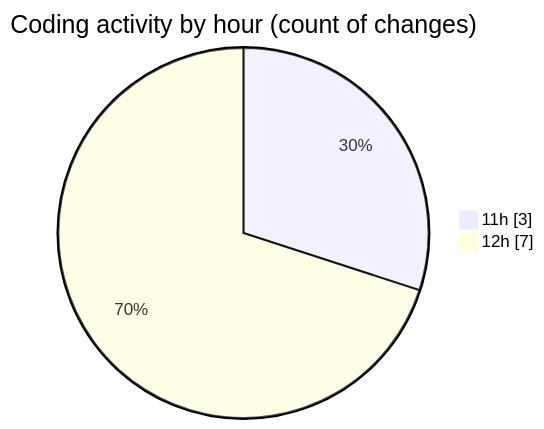
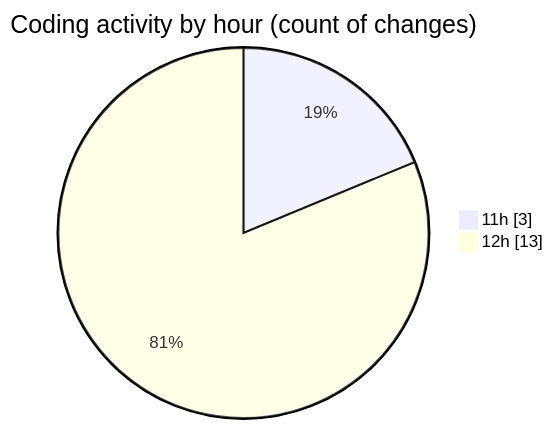
One commit to nxtqubesakshisongat/code-tracking changed the second of 2 diagrams in 2025-05-07/nxtqube_webapp/README.md. Above: the diagram before and after it, drawn with Mermaid. The commit also changed other lines of this file and 1 other file, not shown here.

````diff
--- a/2025-05-07/nxtqube_webapp/README.md
+++ b/2025-05-07/nxtqube_webapp/README.md
@@ -28,6 +28,6 @@
 ```mermaid
 pie showData
 title Coding activity by hour (count of changes)
 "11h" : 3
-"12h" : 7
+"12h" : 13
 ```
````
